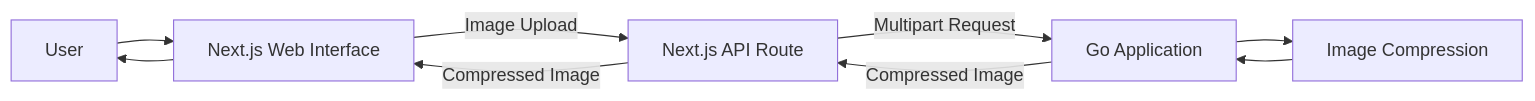
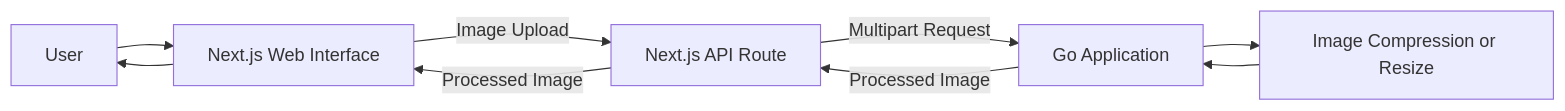
The diagram in README.md (juniocr26/go-image-optimizer), drawn with Mermaid before and after one commit. The commit also changed other lines of this file and 40 other files, not shown here.

````diff
--- a/README.md
+++ b/README.md
@@ -61,11 +61,11 @@
 ```mermaid
 flowchart LR
     U[User] --> F[Next.js Web Interface]
     F -->|Image Upload| N[Next.js API Route]
     N -->|Multipart Request| API[Go Application]
-    API --> C[Image Compression]
+    API --> C[Image Compression or Resize]
     C --> API
-    API -->|Compressed Image| N
-    N -->|Compressed Image| F
+    API -->|Processed Image| N
+    N -->|Processed Image| F
     F --> U
 ```
````
